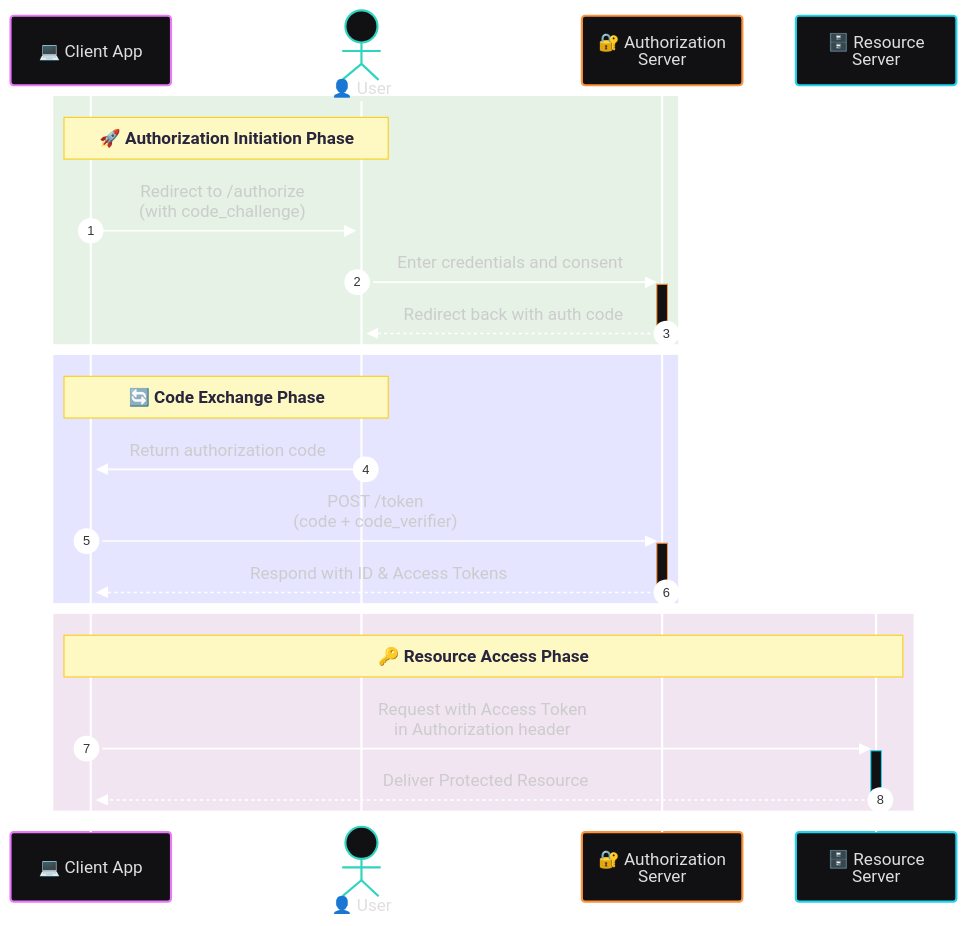
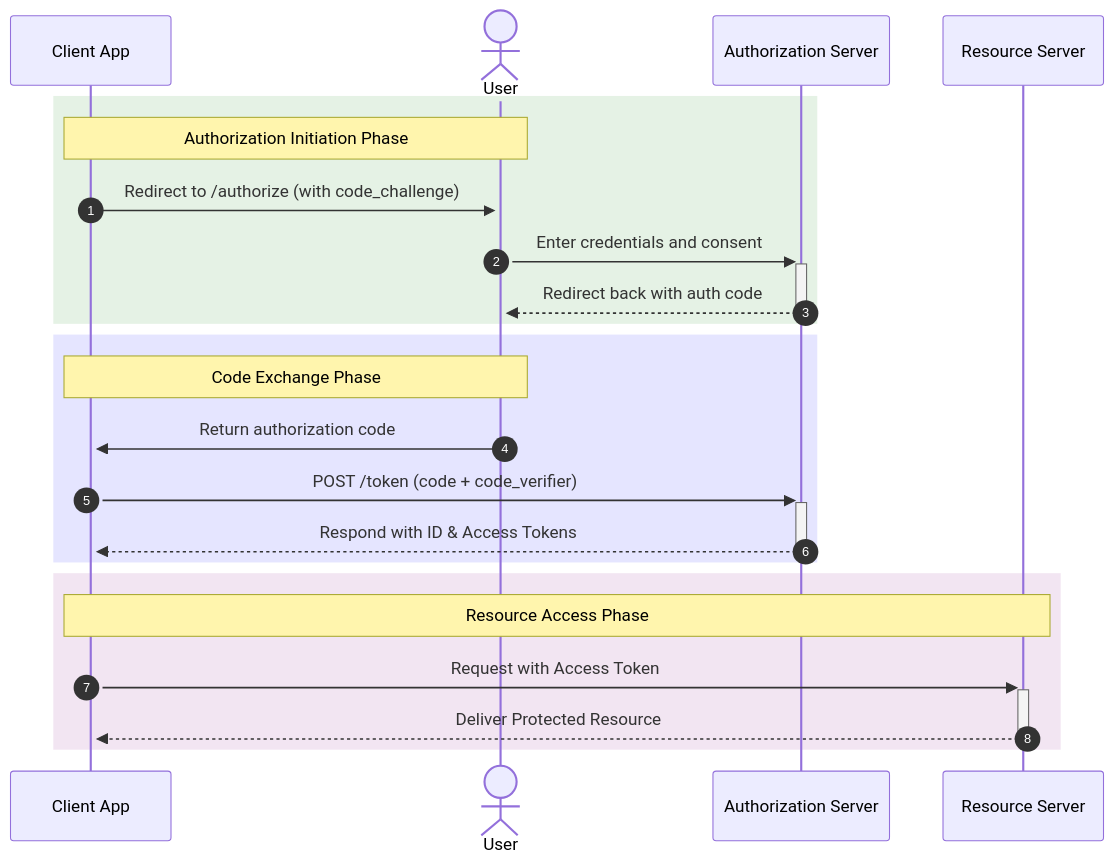
The diagram in README.md (Shahriarin2garden/OIDC-with-flask), drawn with Mermaid before and after one commit. The commit also changed other lines of this file, not shown here.

````diff
--- a/README.md
+++ b/README.md
@@ -29,43 +31,28 @@
 ```mermaid
----
----
-config:
-  theme: redux-dark-color
-  sequence:
-    messageFontSize: 16
-    actorFontSize: 16
-    noteFontSize: 14
-    actorFontFamily: Arial, sans-serif
-    noteFontFamily: Arial, sans-serif
-    messageFontFamily: Arial, sans-serif
-  look: handDrawn
----
 sequenceDiagram
-  participant Client as 💻 Client App
-  actor User as 👤 User
-  participant AuthServer as 🔐 Authorization<br/>Server
-  participant ResourceServer as 🗄️ Resource<br/>Server
+  participant Client as Client App
+  actor User as User
+  participant AuthServer as Authorization Server
+  participant ResourceServer as Resource Server
   autonumber
-  
+
   rect rgba(0, 128, 0, 0.1)
-    Note over Client, User: 🚀 Authorization Initiation Phase
-    Client ->>+ User: Redirect to /authorize<br/>(with code_challenge)
-    User ->>+ AuthServer: Enter credentials and consent
-    AuthServer -->>- User: Redirect back with auth code
-  end
-  
-  rect rgba(0, 0, 255, 0.1)
-    Note over Client, User: 🔄 Code Exchange Phase
-    User ->>+ Client: Return authorization code
-    
-    Client ->>+ AuthServer: POST /token<br/>(code + code_verifier)
-    AuthServer -->>- Client: Respond with ID & Access Tokens
-  end
-  
-  rect rgba(128, 0, 128, 0.1)
-    Note over Client, ResourceServer: 🔑 Resource Access Phase
-    Client ->>+ ResourceServer: Request with Access Token<br/>in Authorization header
-    ResourceServer -->>- Client: Deliver Protected Resource
+    Note over Client, User: Authorization Initiation Phase
+    Client->>+User: Redirect to /authorize (with code_challenge)
+    User->>+AuthServer: Enter credentials and consent
+    AuthServer-->>-User: Redirect back with auth code
   end
 
+  rect rgba(0, 0, 255, 0.1)
+    Note over Client, User: Code Exchange Phase
+    User->>+Client: Return authorization code
+    Client->>+AuthServer: POST /token (code + code_verifier)
+    AuthServer-->>-Client: Respond with ID & Access Tokens
+  end
+
+  rect rgba(128, 0, 128, 0.1)
+    Note over Client, ResourceServer: Resource Access Phase
+    Client->>+ResourceServer: Request with Access Token
+    ResourceServer-->>-Client: Deliver Protected Resource
+  end
 ```
````
